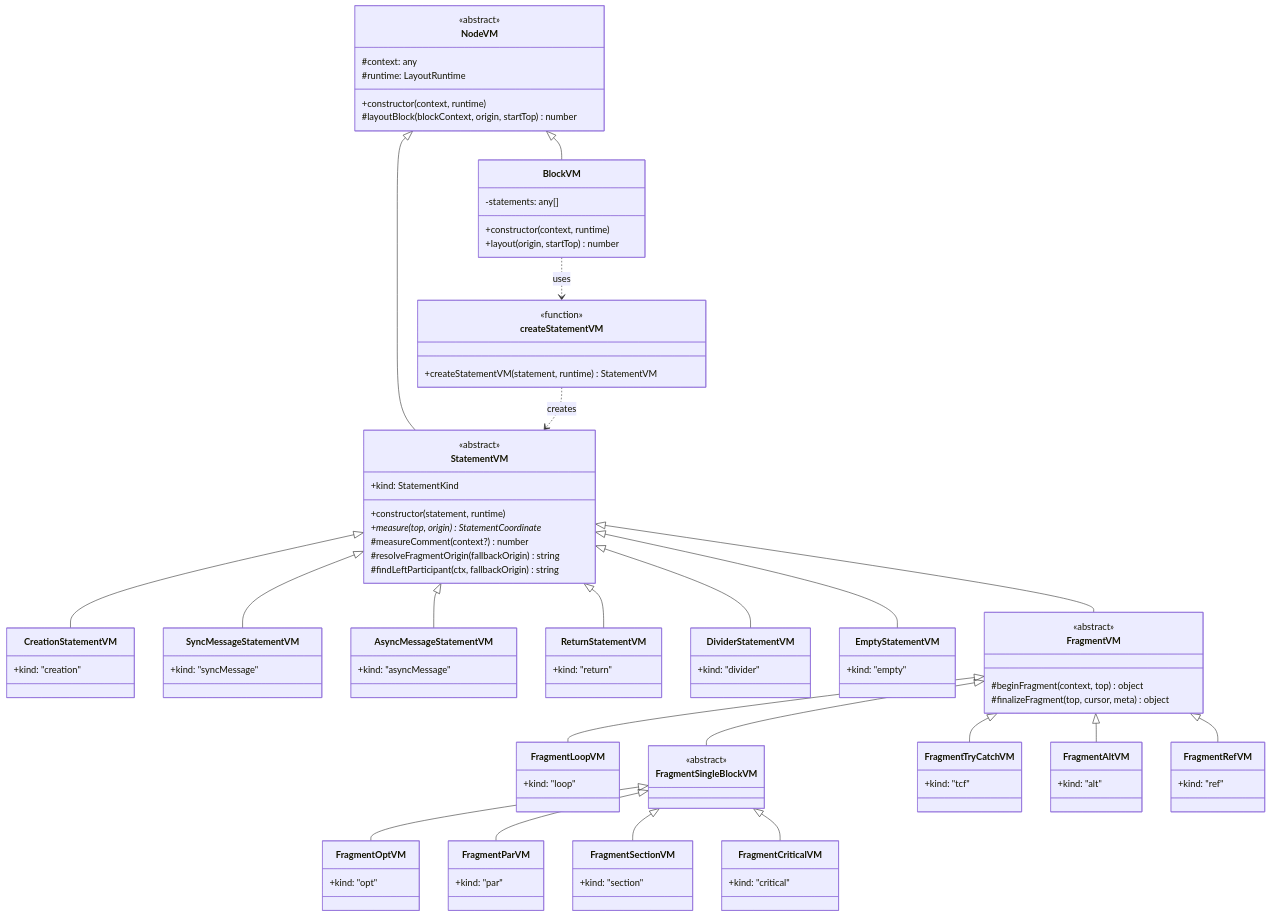
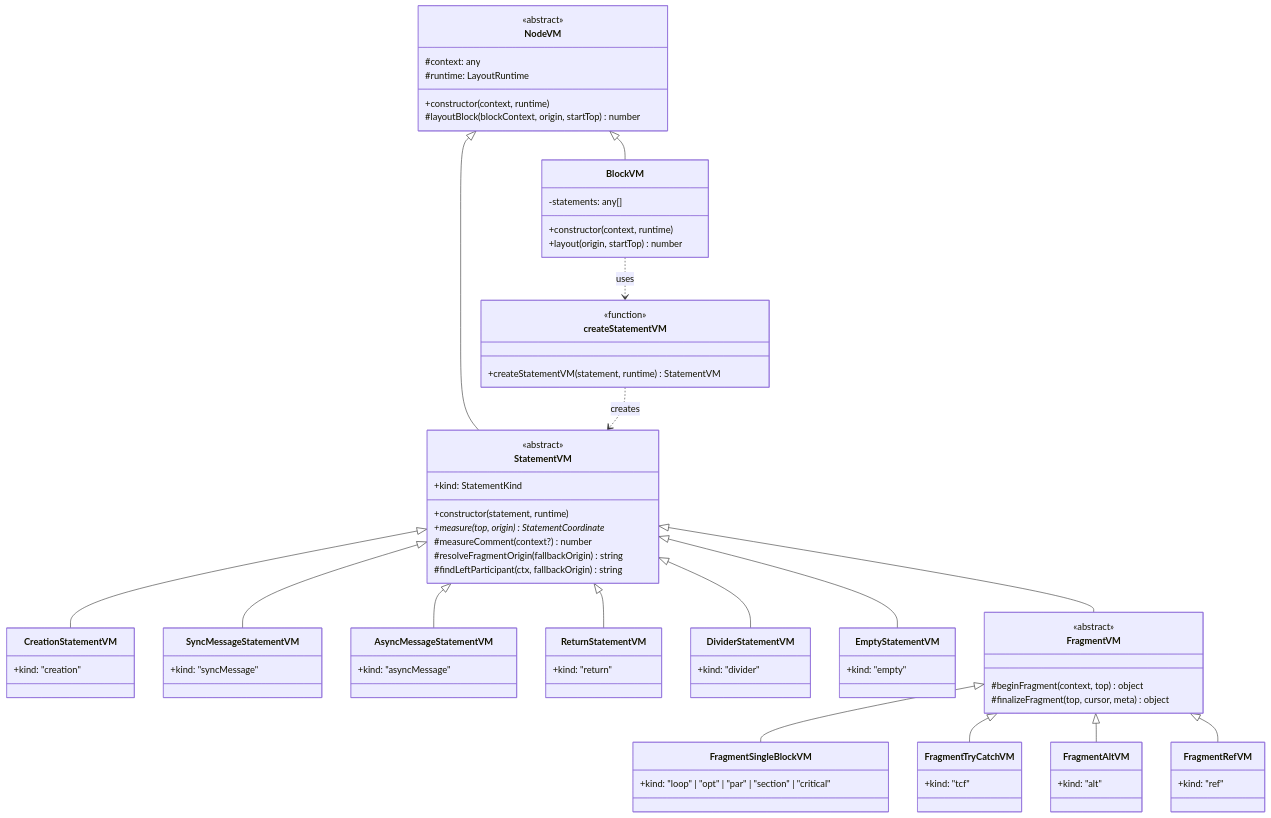
The diagram in src/positioning/vertical/vm/README.md (mermaid-js/zenuml-core), drawn with Mermaid before and after one commit. The commit also changed 32 other files, not shown here.

```diff
--- a/src/positioning/vertical/vm/README.md
+++ b/src/positioning/vertical/vm/README.md
@@ -65,23 +65,8 @@
 
     StatementVM <|-- FragmentVM
 
-    class FragmentLoopVM {
-      +kind: "loop"
-    }
     class FragmentSingleBlockVM {
-      <<abstract>>
-    }
-    class FragmentOptVM {
-      +kind: "opt"
-    }
-    class FragmentParVM {
-      +kind: "par"
-    }
-    class FragmentSectionVM {
-      +kind: "section"
-    }
-    class FragmentCriticalVM {
-      +kind: "critical"
+      +kind: "loop" | "opt" | "par" | "section" | "critical"
     }
     class FragmentTryCatchVM {
       +kind: "tcf"
@@ -93,12 +78,7 @@
       +kind: "ref"
     }
 
-    FragmentVM <|-- FragmentLoopVM
     FragmentVM <|-- FragmentSingleBlockVM
-    FragmentSingleBlockVM <|-- FragmentOptVM
-    FragmentSingleBlockVM <|-- FragmentParVM
-    FragmentSingleBlockVM <|-- FragmentSectionVM
-    FragmentSingleBlockVM <|-- FragmentCriticalVM
     FragmentVM <|-- FragmentTryCatchVM
     FragmentVM <|-- FragmentAltVM
     FragmentVM <|-- FragmentRefVM
```
